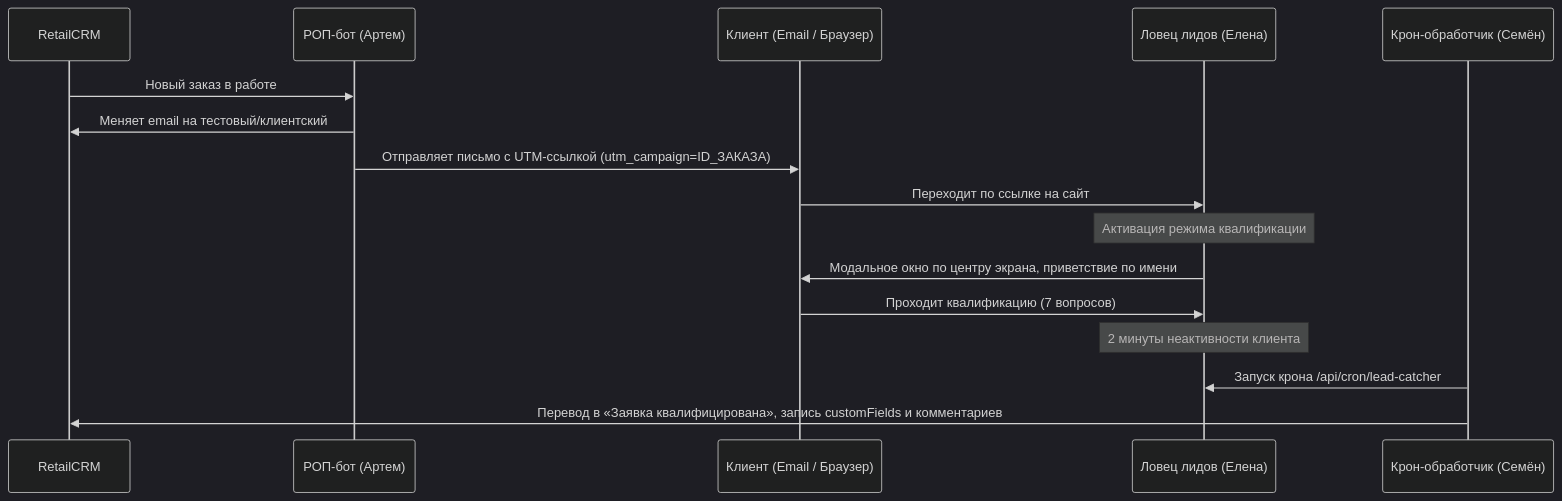
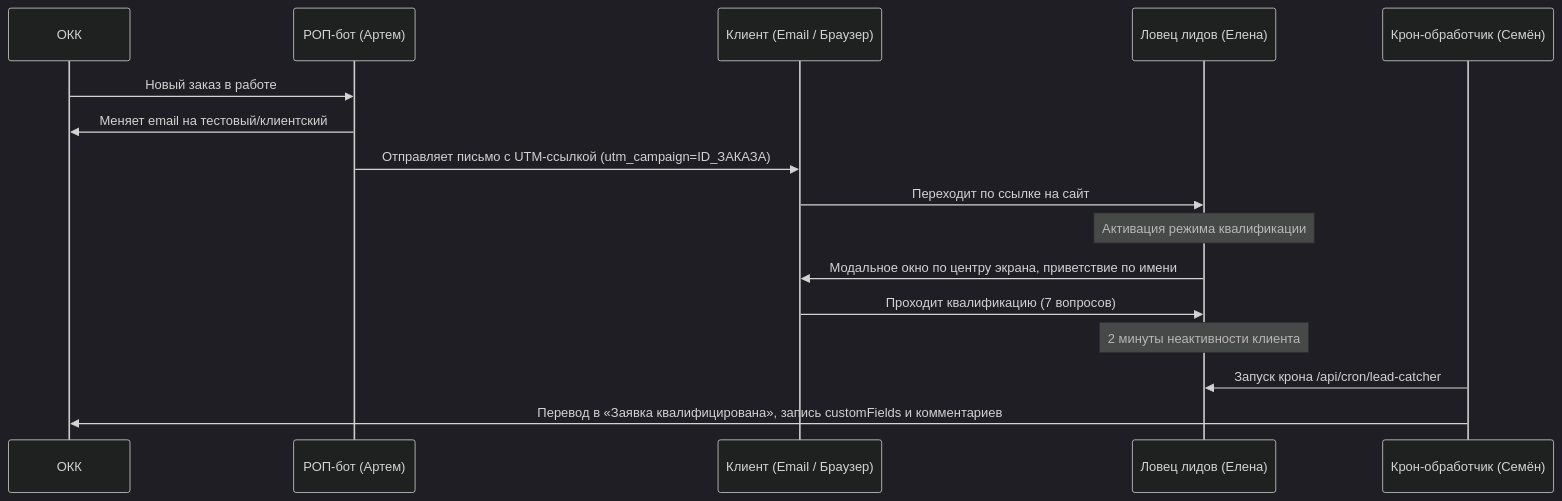
The diagram in docs/lead-catcher/QUALIFICATION.md (yunistlt/OKKRiteilCRM), drawn with Mermaid (dark theme) before and after one commit. The commit also changed other lines of this file and 23 other files, not shown here.

First line of the commit message:
feat(заявки): все службы заводят заказ в ОКК, в RetailCRM не уходит ничего

````diff
--- a/docs/lead-catcher/QUALIFICATION.md
+++ b/docs/lead-catcher/QUALIFICATION.md
@@ -8,19 +8,19 @@
 ```mermaid
 sequenceDiagram
-    participant CRM as RetailCRM
+    participant CRM as ОКК
     participant Bot as РОП-бот (Артем)
     participant Client as Клиент (Email / Браузер)
     participant Elena as Ловец лидов (Елена)
     participant Cron as Крон-обработчик (Семён)
 
     CRM->>Bot: Новый заказ в работе
     Bot->>CRM: Меняет email на тестовый/клиентский
     Bot->>Client: Отправляет письмо с UTM-ссылкой (utm_campaign=ID_ЗАКАЗА)
     Client->>Elena: Переходит по ссылке на сайт
     Note over Elena: Активация режима квалификации
     Elena->>Client: Модальное окно по центру экрана, приветствие по имени
     Client->>Elena: Проходит квалификацию (7 вопросов)
     Note over Elena: 2 минуты неактивности клиента
     Cron->>Elena: Запуск крона /api/cron/lead-catcher
     Cron->>CRM: Перевод в «Заявка квалифицирована», запись customFields и комментариев
 ```
````
